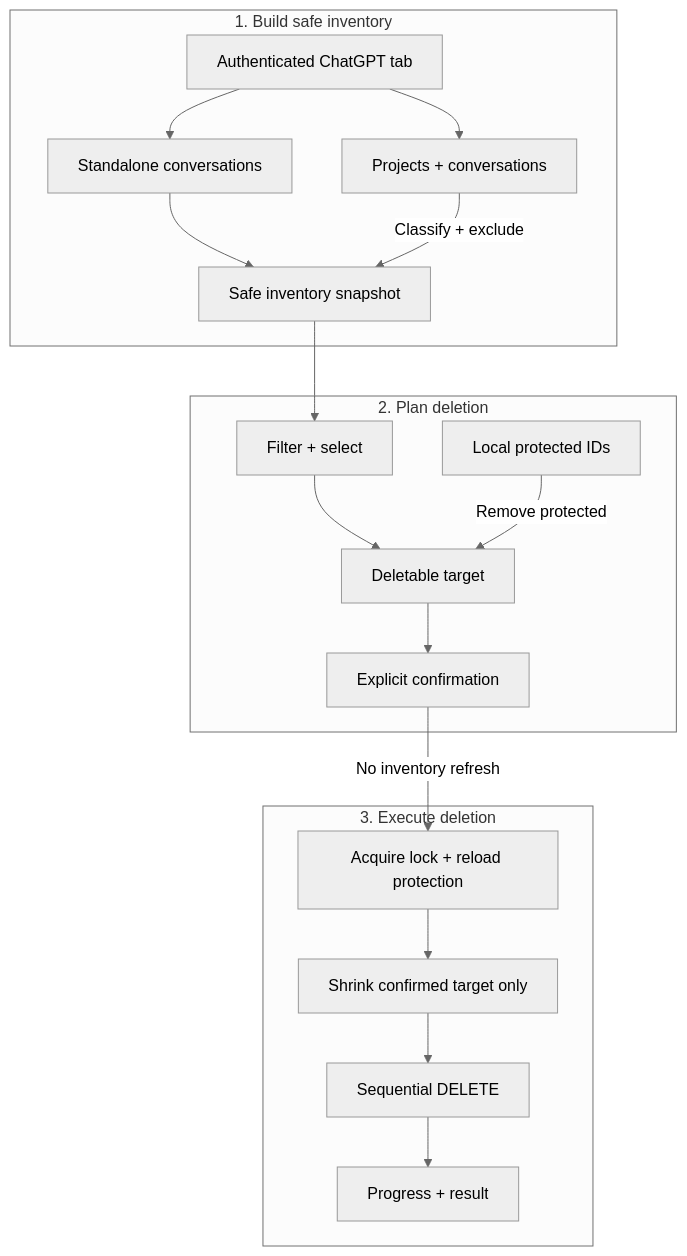
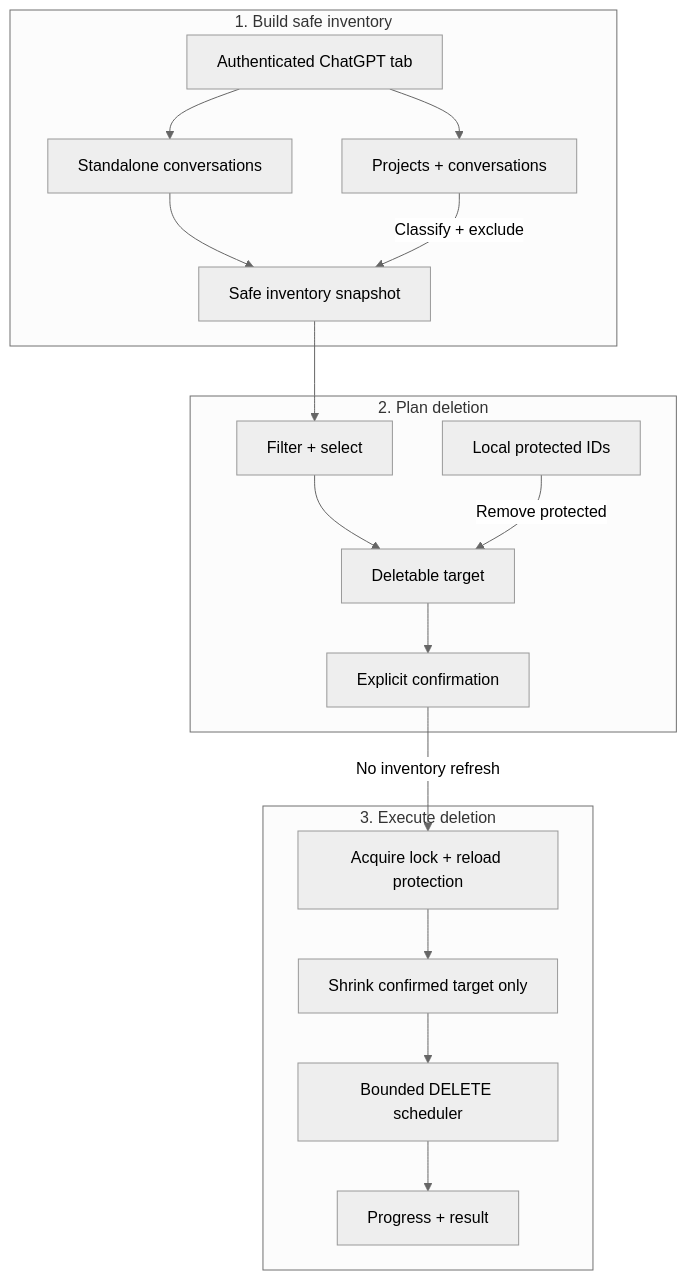
The diagram in README.md (BinaryWorlds/ChatGPTCleaner), drawn with Mermaid (neutral theme) before and after one commit. The commit also changed other lines of this file and 42 other files, not shown here.

````diff
--- a/README.md
+++ b/README.md
@@ -64,35 +64,35 @@
 ```mermaid
 flowchart TB
     subgraph A["1. Build safe inventory"]
         Source["Authenticated ChatGPT tab"]
         Standalone["Standalone conversations"]
         Projects["Projects + conversations"]
         Inventory["Safe inventory snapshot"]
         Source --> Standalone
         Source --> Projects
         Standalone --> Inventory
         Projects -->|Classify + exclude| Inventory
     end
 
     subgraph B["2. Plan deletion"]
         Selection["Filter + select"]
         Protection["Local protected IDs"]
         Target["Deletable target"]
         Confirm["Explicit confirmation"]
         Inventory --> Selection
         Selection --> Target
         Protection -->|Remove protected| Target
         Target --> Confirm
     end
 
     subgraph C["3. Execute deletion"]
         Lock["Acquire lock + reload protection"]
         Shrink["Shrink confirmed target only"]
-        Delete["Sequential DELETE"]
+        Delete["Bounded DELETE scheduler"]
         Result["Progress + result"]
         Confirm -->|No inventory refresh| Lock
         Lock --> Shrink
         Shrink --> Delete
         Delete --> Result
     end
 ```
````
